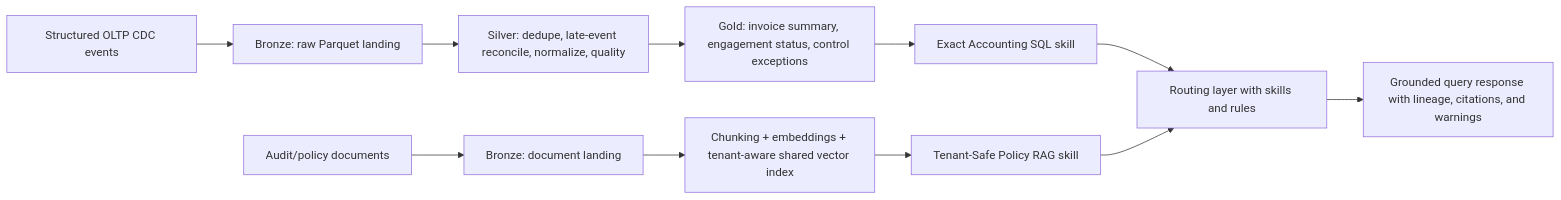
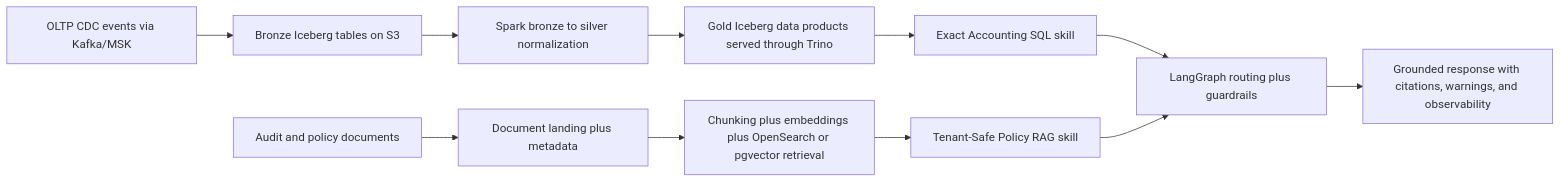
Before and after one commit to eduardoto99-coder/caseware-ai-ready-data-platform-poc: the diagram in README.md, drawn with Mermaid. The commit also changed other lines of this file and 10 other files, not shown here.

````diff
--- a/README.md
+++ b/README.md
@@ -26,13 +21,13 @@
 ```mermaid
 flowchart LR
-    A["Structured OLTP CDC events"] --> B["Bronze: raw Parquet landing"]
-    D["Audit/policy documents"] --> E["Bronze: document landing"]
-    B --> C["Silver: dedupe, late-event reconcile, normalize, quality"]
-    C --> F["Gold: invoice summary, engagement status, control exceptions"]
-    E --> G["Chunking + embeddings + tenant-aware shared vector index"]
+    A["OLTP CDC events via Kafka/MSK"] --> B["Bronze Iceberg tables on S3"]
+    D["Audit and policy documents"] --> E["Document landing plus metadata"]
+    B --> C["Spark bronze to silver normalization"]
+    C --> F["Gold Iceberg data products served through Trino"]
+    E --> G["Chunking plus embeddings plus OpenSearch or pgvector retrieval"]
     F --> H["Exact Accounting SQL skill"]
     G --> I["Tenant-Safe Policy RAG skill"]
-    H --> J["Routing layer with skills and rules"]
+    H --> J["LangGraph routing plus guardrails"]
     I --> J
-    J --> K["Grounded query response with lineage, citations, and warnings"]
+    J --> K["Grounded response with citations, warnings, and observability"]
 ```
````
